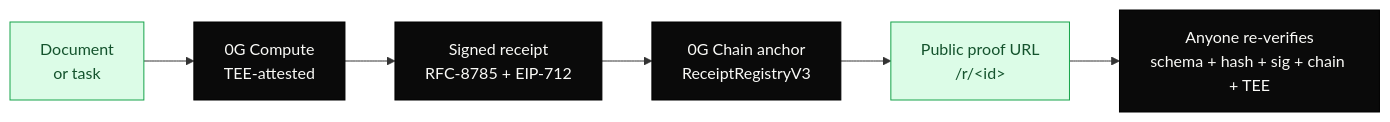
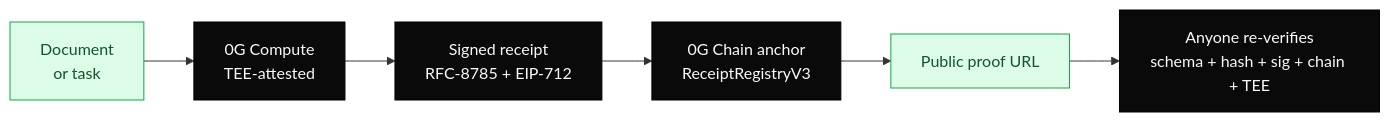
The first of 2 diagrams in README.md (Pratiikpy/ivaronix), drawn with Mermaid before and after one commit. The commit also changed other lines of this file and 53 other files, not shown here.

````diff
--- a/README.md
+++ b/README.md
@@ -27,12 +27,12 @@
 ```mermaid
 flowchart LR
-  D[Document<br/>or task] --> C[0G Compute<br/>TEE-attested]
-  C --> S[Signed receipt<br/>RFC-8785 + EIP-712]
-  S --> A[0G Chain anchor<br/>ReceiptRegistryV3]
-  A --> P[Public proof URL<br/>/r/&lt;id&gt;]
-  P --> V[Anyone re-verifies<br/>schema + hash + sig + chain + TEE]
-  classDef green fill:#dcfce7,stroke:#16a34a,color:#14532d;
-  classDef ink fill:#0a0a0a,stroke:#000,color:#fafaf7;
+  D["Document<br/>or task"] --> C["0G Compute<br/>TEE-attested"]
+  C --> S["Signed receipt<br/>RFC-8785 + EIP-712"]
+  S --> A["0G Chain anchor<br/>ReceiptRegistryV3"]
+  A --> P["Public proof URL"]
+  P --> V["Anyone re-verifies<br/>schema + hash + sig + chain + TEE"]
+  classDef green fill:#dcfce7,stroke:#16a34a,color:#14532d
+  classDef ink fill:#0a0a0a,stroke:#000,color:#fafaf7
   class D,P green
   class C,S,A,V ink
 ```
````
